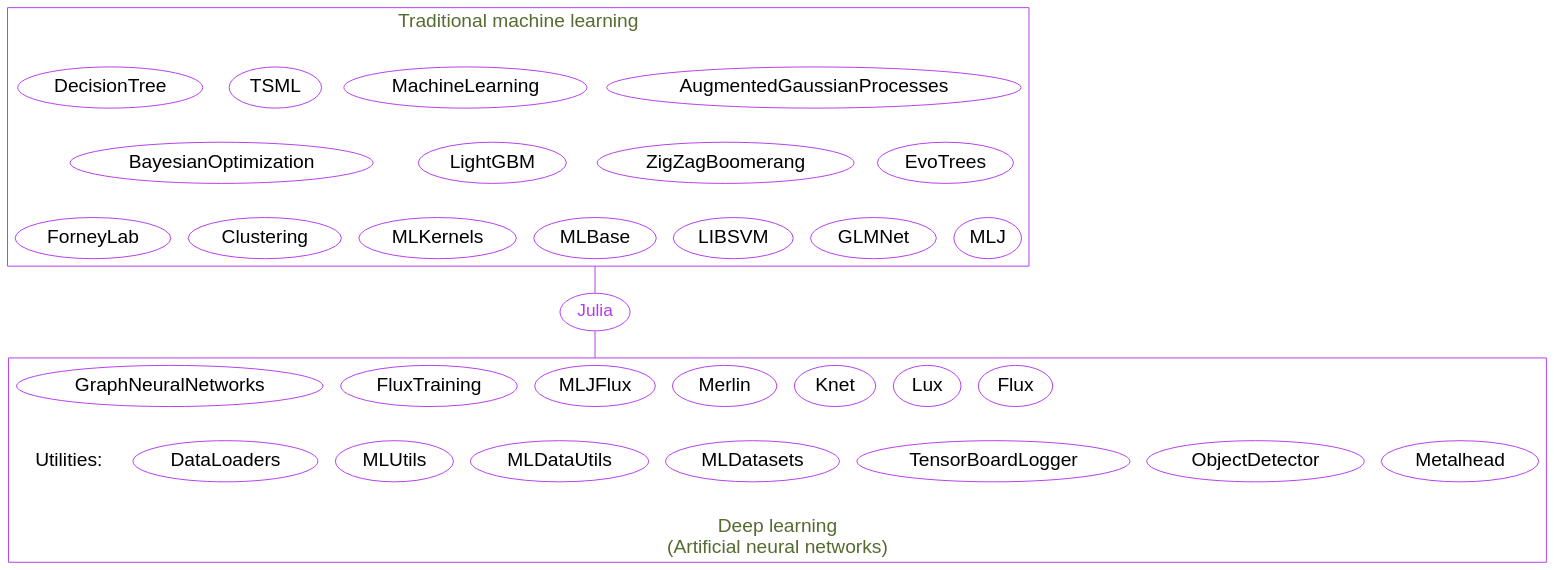
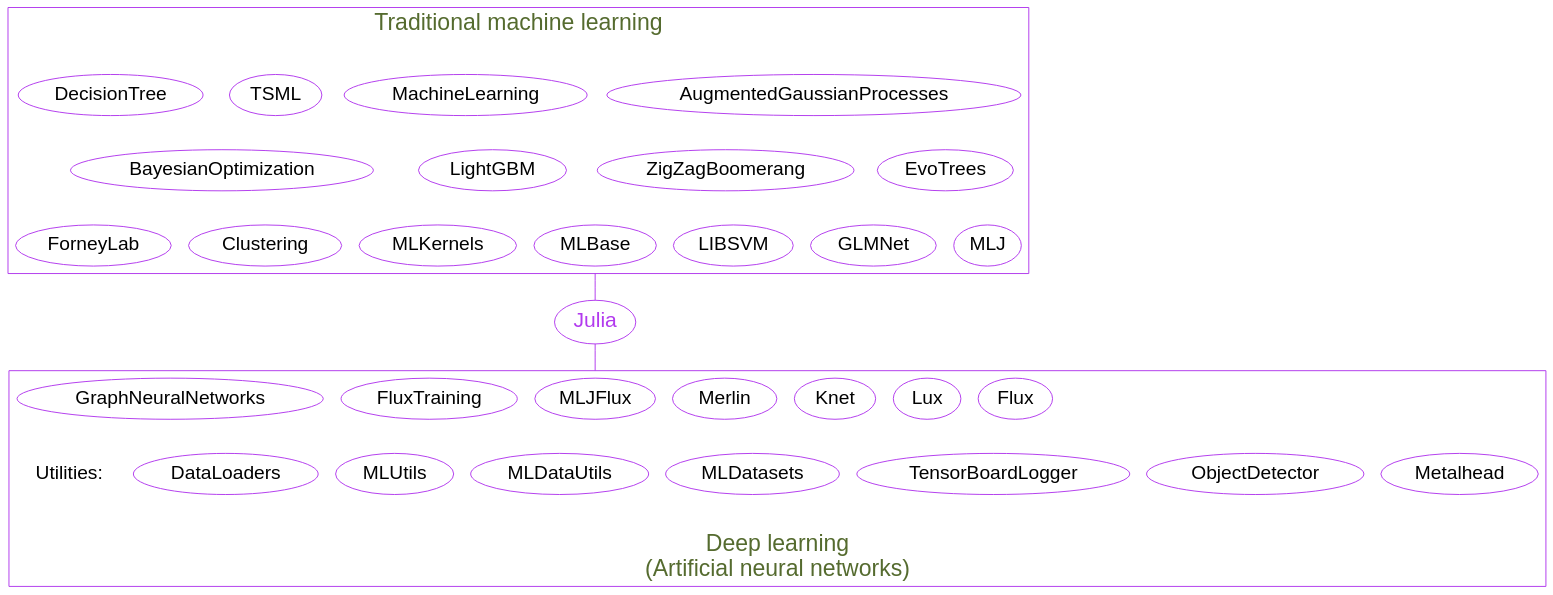
Diagram 11 of 15 in ml/frameworks_slides.qmd (WestDRI/arc-training), drawn with Graphviz before and after one commit. The commit also changed other lines of this file and 3 other files, not shown here.

````diff
--- a/ml/frameworks_slides.qmd
+++ b/ml/frameworks_slides.qmd
@@ -347,45 +476,45 @@
 ```{dot}
 //| echo: false
 
 strict graph {
 
   bgcolor="transparent"
   graph [fontname="Inconsolata, sans-serif"]
   node [fontname="Inconsolata, sans-serif", color=darkorchid2]
   compound=true
   
   subgraph cluster_ml {
 	label="Traditional machine learning\n\n"
 	color=darkorchid2
 	fontcolor=darkolivegreen
-	fontsize=20
+	fontsize=24
 	edge [style=invis]
 	node [fontsize=20]
 	{rank=same; AugmentedGaussianProcesses MachineLearning TSML DecisionTree}
 	{rank=same; EvoTrees ZigZagBoomerang LightGBM BayesianOptimization}
 	{rank=same; MLJ GLMNet LIBSVM MLBase MLKernels Clustering ForneyLab}
 	AugmentedGaussianProcesses -- EvoTrees -- MLJ
   }
 
   subgraph cluster_dl {	
 	label="\nDeep learning\n(Artificial neural networks)"
 	color=darkorchid2
 	fontcolor=darkolivegreen
-	fontsize=20
+	fontsize=24
 	labelloc=b
 	edge [style=invis]
 	node [fontsize=20]
 	"  Utilities:" [shape=plaintext]
 	{rank=same; Flux Lux Knet Merlin MLJFlux FluxTraining GraphNeuralNetworks}
 	{rank=same; "  Utilities:" DataLoaders MLUtils MLDataUtils MLDatasets TensorBoardLogger ObjectDetector Metalhead}
 	"  Utilities:" -- DataLoaders -- MLUtils -- MLDataUtils -- MLDatasets -- TensorBoardLogger -- ObjectDetector -- Metalhead
 	Flux -- "  Utilities:"
   }
 
-  Julia [fontsize=18]
+  Julia [fontsize=22]
   Julia [fontcolor=darkorchid2, URL="https://julialang.org/"]
 
   MLBase -- Julia [ltail=cluster_ml, color=darkorchid2]
   Julia -- MLJFlux [lhead=cluster_dl, color=darkorchid2]
 }
 ```
````
